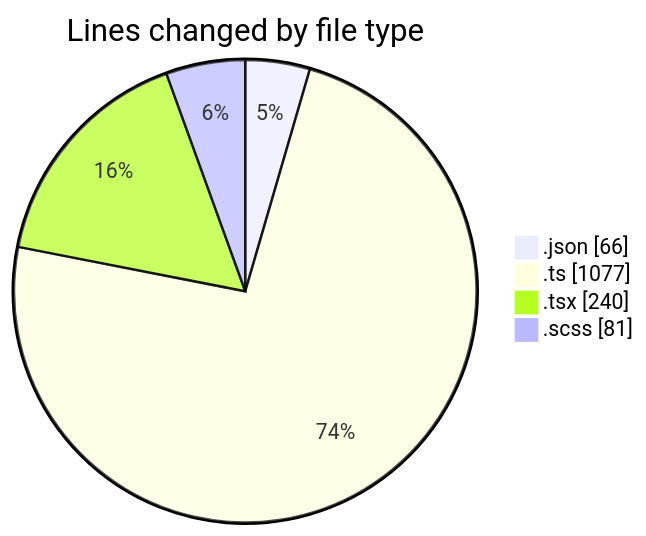
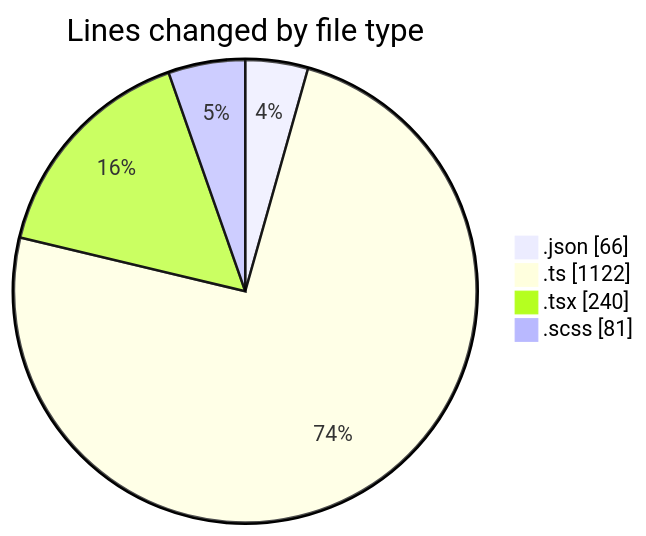
One commit to momahboobian/code-tracking changed the first of 2 diagrams in 2025-05-09/cda/README.md. Above: the diagram before and after it, drawn with Mermaid. The commit also changed other lines of this file and 1 other file, not shown here.

````diff
--- a/2025-05-09/cda/README.md
+++ b/2025-05-09/cda/README.md
@@ -25,8 +25,8 @@
 ```mermaid
 pie showData
 title Lines changed by file type
 ".json" : 66
-".ts" : 1077
+".ts" : 1122
 ".tsx" : 240
 ".scss" : 81
 ```
````
